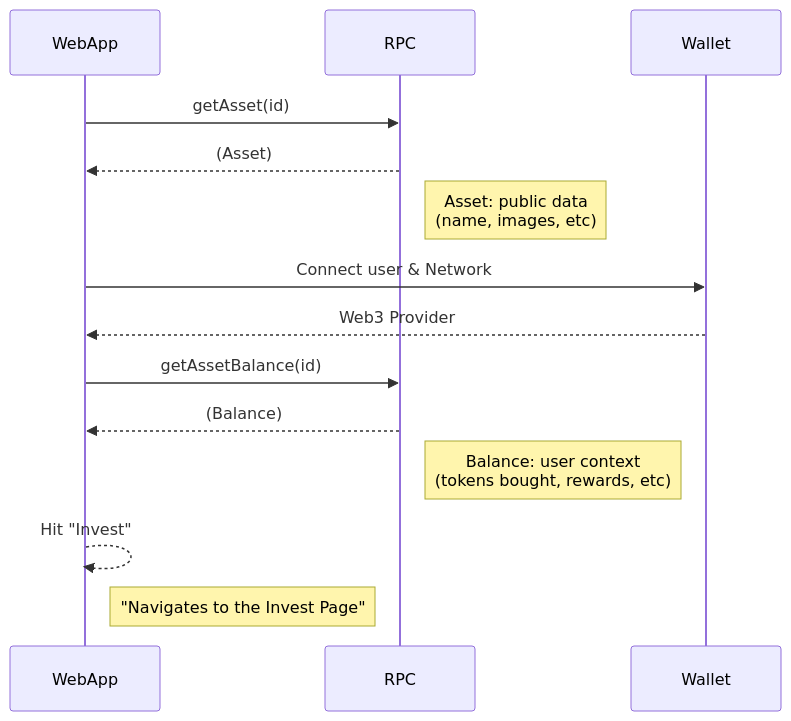
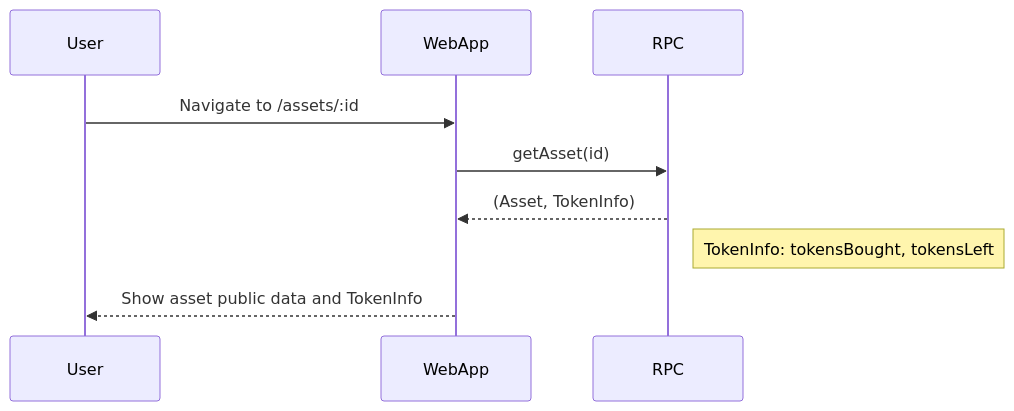
Before and after one commit to binaryx-protocol/binaryx_app: the diagram in arb/mermaid/AssetDetailsPage.md, drawn with Mermaid.

Commit message:
#fix_diagram3: rm connect wallet from ADP

````diff
--- a/arb/mermaid/AssetDetailsPage.md
+++ b/arb/mermaid/AssetDetailsPage.md
@@ -3,18 +3,12 @@
 ```mermaid
 sequenceDiagram
 
+participant User
 participant WebApp
 participant RPC
-participant Wallet
+User->>WebApp: Navigate to /assets/:id
 WebApp->>RPC: getAsset(id)
-RPC-->>WebApp: (Asset)
-Note right of RPC: Asset: public data<br>(name, images, etc)
-WebApp->>Wallet: Connect user & Network
-Wallet-->>WebApp: Web3 Provider
-
-WebApp->>RPC: getAssetBalance(id)
-RPC-->>WebApp: (Balance)
-Note right of RPC: Balance: user context<br>(tokens bought, rewards, etc)
-WebApp-->>WebApp: Hit "Invest"
-Note right of WebApp: "Navigates to the Invest Page"
+RPC-->>WebApp: (Asset, TokenInfo)
+Note right of RPC: TokenInfo: tokensBought, tokensLeft
+WebApp-->>User: Show asset public data and TokenInfo
 ```
````
